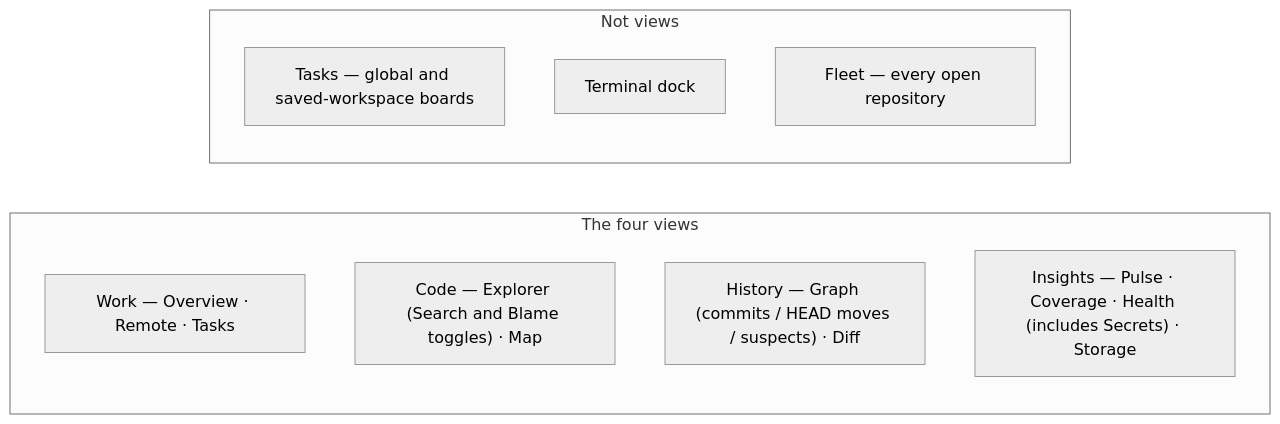
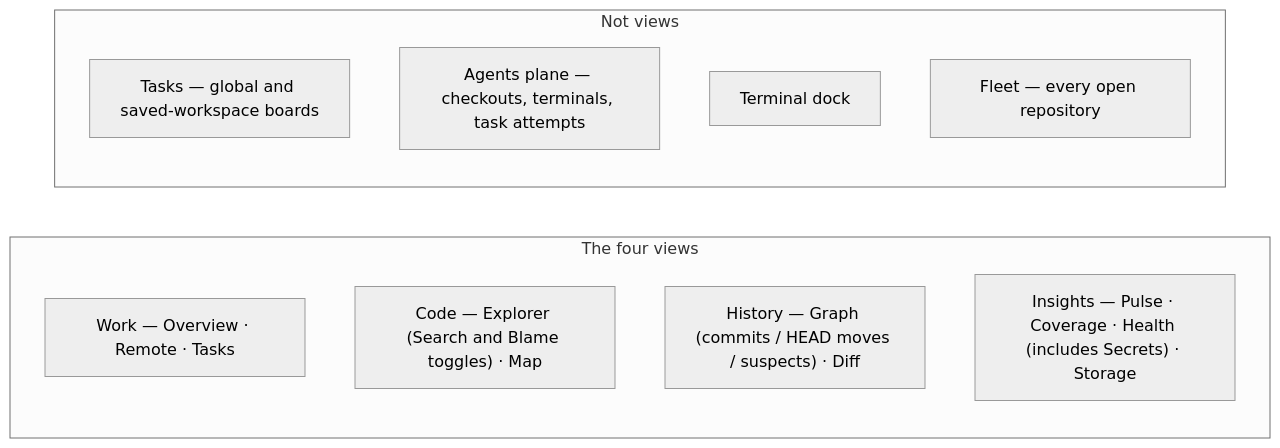
The diagram in wiki/Home.md (bharathvbcr/GitPulse), drawn with Mermaid (neutral theme) before and after one commit. The commit also changed other lines of this file and 17 other files, not shown here.

````diff
--- a/wiki/Home.md
+++ b/wiki/Home.md
@@ -32,14 +34,15 @@
 ```mermaid
 flowchart LR
     subgraph Views["The four views"]
         Work["Work — Overview · Remote · Tasks"]
         Code["Code — Explorer (Search and Blame toggles) · Map"]
         History["History — Graph (commits / HEAD moves / suspects) · Diff"]
         Insights["Insights — Pulse · Coverage · Health (includes Secrets) · Storage"]
     end
     subgraph Beside["Not views"]
         Tasks["Tasks — global and saved-workspace boards"]
+        Agents["Agents plane — checkouts, terminals, task attempts"]
         Terminal["Terminal dock"]
         Fleet["Fleet — every open repository"]
     end
 ```
````
